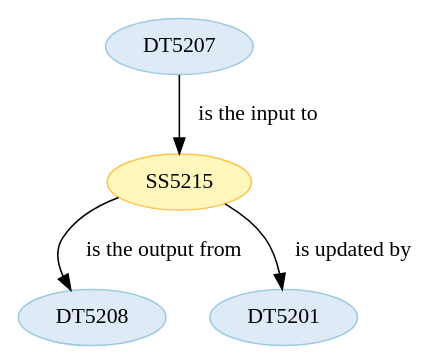
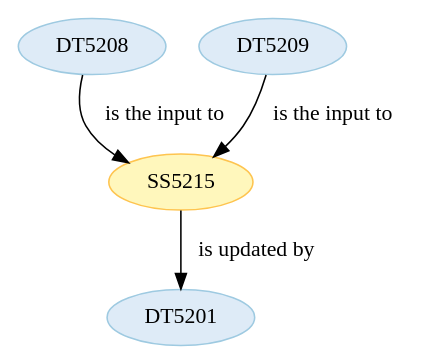
Before and after one commit to Marco-Salvi/cwl-test: the diagram in wf5201/ST520115.dot, drawn with Graphviz. The commit also changed 24 other files, not shown here.

```diff
--- a/wf5201/ST520115.dot
+++ b/wf5201/ST520115.dot
@@ -1,18 +1,18 @@
 strict digraph {
 
 
 	"DT5208" [ color="2", colorscheme="blues3", fillcolor="1", style="filled",  weight=0 ];
 
+	"DT5208" -> "SS5215" [ label="is the input to", labeltooltip="DT5208 - is the input to - SS5215",  weight=0 ];
+
+	"DT5209" [ color="2", colorscheme="blues3", fillcolor="1", style="filled",  weight=0 ];
+
+	"DT5209" -> "SS5215" [ label="is the input to", labeltooltip="DT5209 - is the input to - SS5215",  weight=0 ];
+
 	"SS5215" [ color="2", colorscheme="ylorbr3", fillcolor="1", style="filled",  weight=0 ];
 
 	"SS5215" -> "DT5201" [ label="is updated by", labeltooltip="DT5201 - is updated by - SS5215",  weight=0 ];
 
-	"SS5215" -> "DT5208" [ label="is the output from", labeltooltip="DT5208 - is the output from - SS5215",  weight=0 ];
-
 	"DT5201" [ color="2", colorscheme="blues3", fillcolor="1", style="filled",  weight=0 ];
 
-	"DT5207" [ color="2", colorscheme="blues3", fillcolor="1", style="filled",  weight=0 ];
-
-	"DT5207" -> "SS5215" [ label="is the input to", labeltooltip="DT5207 - is the input to - SS5215",  weight=0 ];
-
 }
```
